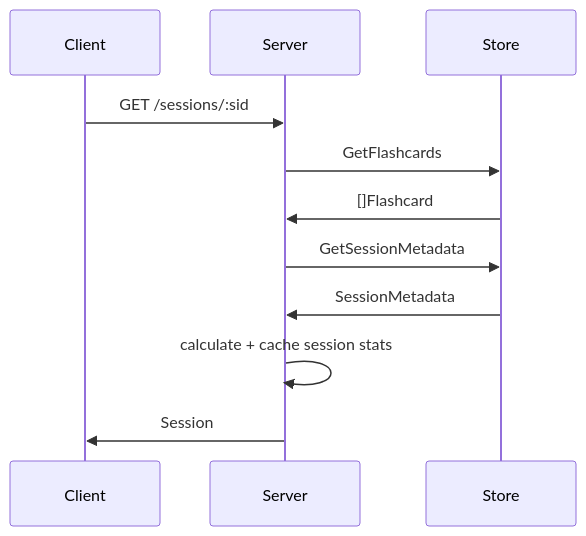
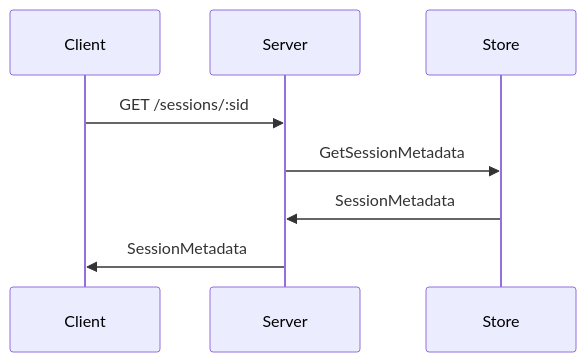
Before and after one commit to lafeingcrokodil/flashcards: the second of 7 diagrams in README.md, drawn with Mermaid. The commit also changed other lines of this file and 9 other files, not shown here.

````diff
--- a/README.md
+++ b/README.md
@@ -88,14 +79,11 @@
 ```mermaid
 sequenceDiagram
     participant Client
     participant Server
     participant Store
 
     Client->>Server: GET /sessions/:sid
-    Server->>Store: GetFlashcards
-    Store->>Server: []Flashcard
     Server->>Store: GetSessionMetadata
     Store->>Server: SessionMetadata
-    Server->>Server: calculate + cache session stats
-    Server->>Client: Session
+    Server->>Client: SessionMetadata
 ```
````
